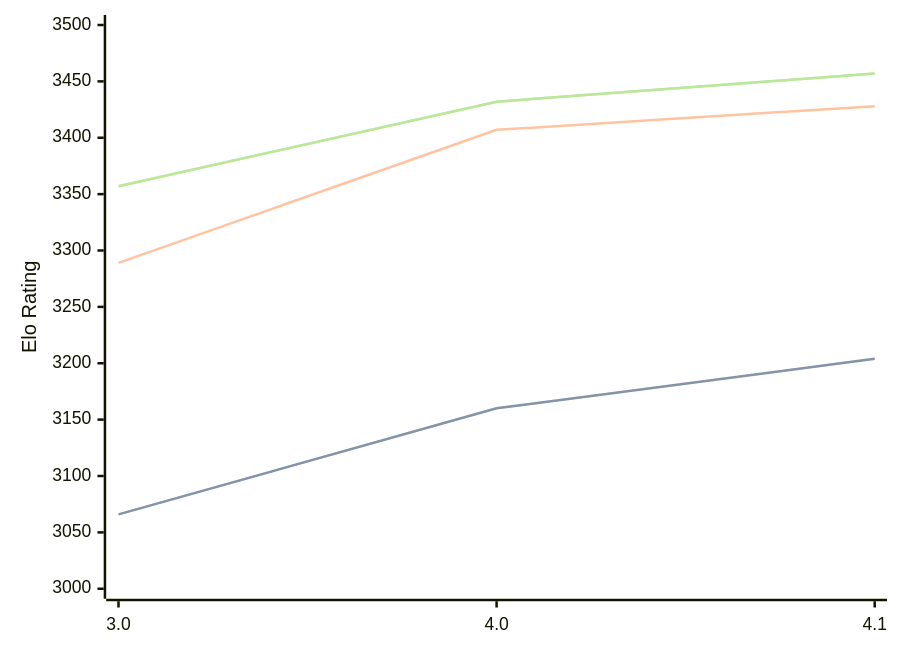
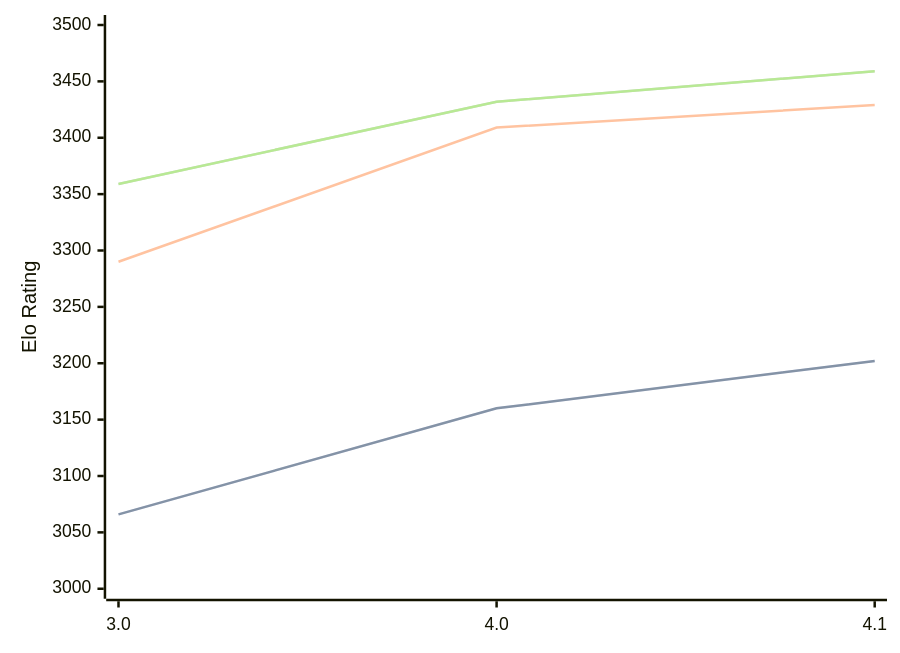
The diagram in engines/Eleanor.md (computer-chess-index/cci), drawn with Mermaid before and after one commit. The commit also changed other lines of this file, not shown here.

Commit message:
Update CCI Ratings (ELO VLTC) - 2026-04-24

````diff
--- a/engines/Eleanor.md
+++ b/engines/Eleanor.md
@@ -35,11 +35,11 @@
 ```mermaid
 %%{init: {"theme":"base","themeVariables":{"seriesColors:['#a3a3a3','#222221','#faa371']}}}%%
 xychart-beta
   x-axis ["3.0", "4.0", "4.1"]
   y-axis "Elo Rating" 3000 --> 3500
-  line "STC (8.0+0.08s)" [3066, 3160, 3204]
-  line "STC (8.0+0.08s)" [3066, 3160, 3204]
-  line "LTC (60.0+0.60s)" [3289, 3407, 3428]
-  line "VLTC (2m24s+1.12s)" [3357, 3432, 3457]
-  line "VLTC (2m24s+1.12s)" [3357, 3432, 3457]
+  line "STC (8.0+0.08s)" [3066, 3160, 3202]
+  line "STC (8.0+0.08s)" [3066, 3160, 3202]
+  line "LTC (60.0+0.60s)" [3290, 3409, 3429]
+  line "VLTC (2m24s+1.12s)" [3359, 3432, 3459]
+  line "VLTC (2m24s+1.12s)" [3359, 3432, 3459]
 ```
````
